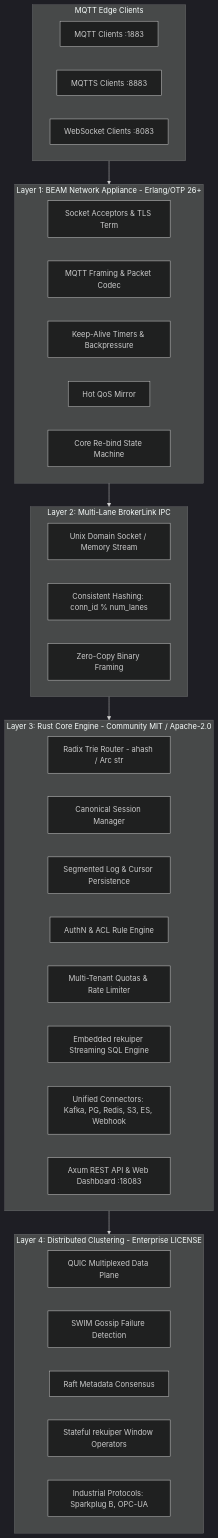
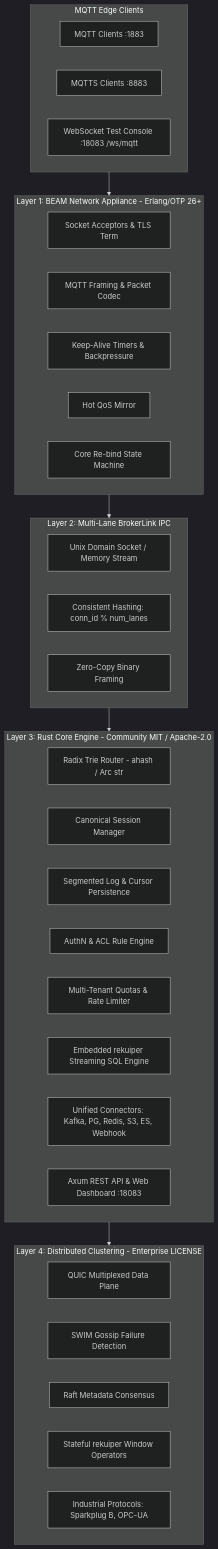
The first of 3 diagrams in ARCHITECTURE.md (ankur-paan/indramqtt), drawn with Mermaid (dark theme) before and after one commit. The commit also changed other lines of this file and 43 other files, not shown here.

````diff
--- a/ARCHITECTURE.md
+++ b/ARCHITECTURE.md
@@ -13,46 +13,46 @@
 ```mermaid
 graph TB
     subgraph Clients[MQTT Edge Clients]
         TCP_CLI[MQTT Clients :1883]
         TLS_CLI[MQTTS Clients :8883]
-        WS_CLI[WebSocket Clients :8083]
+        WS_CLI[WebSocket Test Console :18083 /ws/mqtt]
     end
 
     subgraph BEAM[Layer 1: BEAM Network Appliance - Erlang/OTP 26+]
         ACCEPTOR[Socket Acceptors & TLS Term]
         FRAMING[MQTT Framing & Packet Codec]
         KEEPALIVE[Keep-Alive Timers & Backpressure]
         STATE_MIRROR[Hot QoS Mirror]
         REBIND[Core Re-bind State Machine]
     end
 
     subgraph IPC[Layer 2: Multi-Lane BrokerLink IPC]
         UDS[Unix Domain Socket / Memory Stream]
         LANE_HASH[Consistent Hashing: conn_id % num_lanes]
         PROTO_FRAMING[Zero-Copy Binary Framing]
     end
 
     subgraph Core[Layer 3: Rust Core Engine - Community MIT / Apache-2.0]
         ROUTER[Radix Trie Router - ahash / Arc str]
         SESSION[Canonical Session Manager]
         STORAGE[Segmented Log & Cursor Persistence]
         AUTH[AuthN & ACL Rule Engine]
         QUOTA[Multi-Tenant Quotas & Rate Limiter]
         SQL[Embedded rekuiper Streaming SQL Engine]
         CONNECTORS[Unified Connectors: Kafka, PG, Redis, S3, ES, Webhook]
         REST[Axum REST API & Web Dashboard :18083]
     end
 
     subgraph Enterprise[Layer 4: Distributed Clustering - Enterprise LICENSE]
         QUIC[QUIC Multiplexed Data Plane]
         SWIM[SWIM Gossip Failure Detection]
         RAFT[Raft Metadata Consensus]
         WINDOWS[Stateful rekuiper Window Operators]
         INDUSTRIAL[Industrial Protocols: Sparkplug B, OPC-UA]
     end
 
     Clients --> BEAM
     BEAM --> IPC
     IPC --> Core
     Core --> Enterprise
 ```
````
